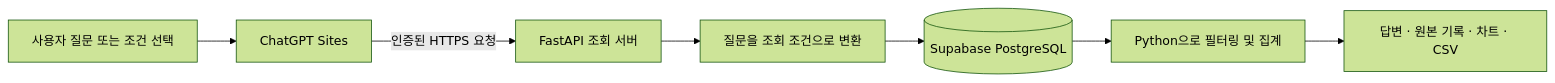
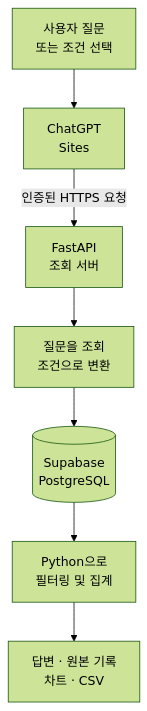
The diagram in README.md (YuNi-100/wgh-futsal-qa), drawn with Mermaid (forest theme) before and after one commit. The commit also changed other lines of this file and 6 other files, not shown here.

Commit message:
Fix README flowchart clipping and include documented evidence data

````diff
--- a/README.md
+++ b/README.md
@@ -44,9 +44,9 @@
 ```mermaid
-flowchart LR
-    U[사용자 질문 또는 조건 선택] --> S[ChatGPT Sites]
-    S -->|인증된 HTTPS 요청| G[FastAPI 조회 서버]
-    G --> Q[질문을 조회 조건으로 변환]
-    Q --> D[(Supabase PostgreSQL)]
-    D --> P[Python으로 필터링 및 집계]
-    P --> T[답변 · 원본 기록 · 차트 · CSV]
+flowchart TB
+    U["사용자 질문<br/>또는 조건 선택"] --> S["ChatGPT<br/>Sites"]
+    S -->|인증된 HTTPS 요청| G["FastAPI<br/>조회 서버"]
+    G --> Q["질문을 조회<br/>조건으로 변환"]
+    Q --> D[("Supabase<br/>PostgreSQL")]
+    D --> P["Python으로<br/>필터링 및 집계"]
+    P --> T["답변 · 원본 기록<br/>차트 · CSV"]
 ```
````
